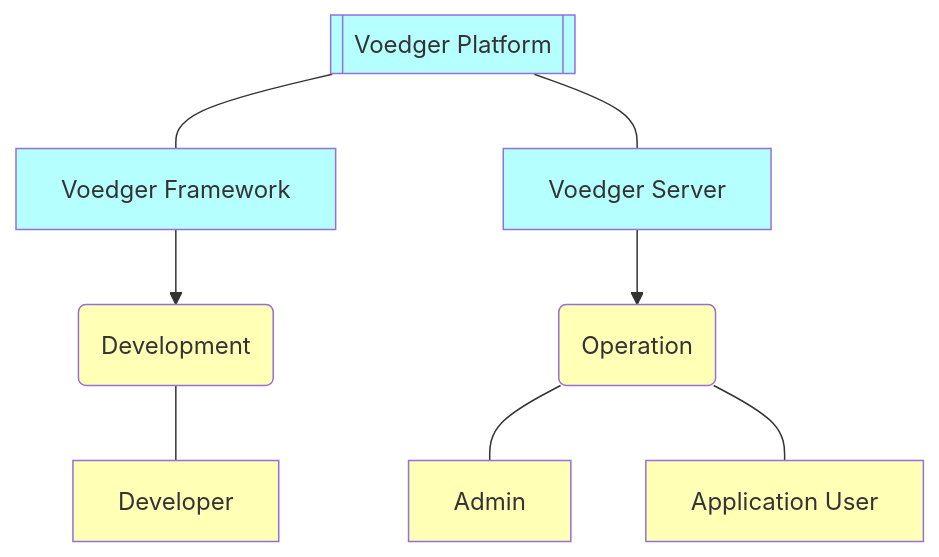
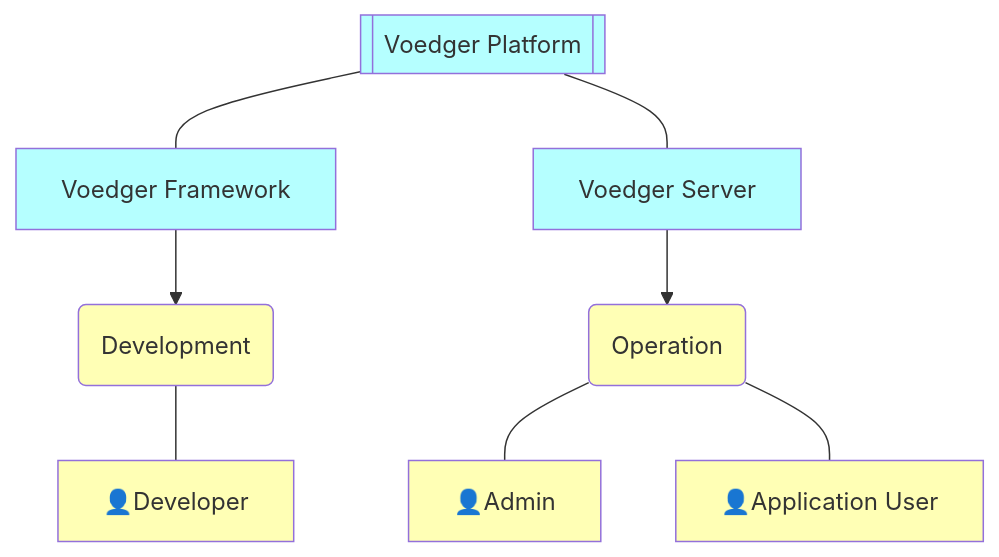
The diagram in README.md (voedger/voedger-internals), drawn with Mermaid before and after one commit.

Commit message:
Update README.md with user role emojis

````diff
--- a/README.md
+++ b/README.md
@@ -6,34 +6,34 @@
 ```mermaid
     graph TD
 
     %% Entities ====================
 
     Voedger[["Voedger Platform"]]:::S
     VoedgerFramework["Voedger Framework"]:::S
     VoedgerServer["Voedger Server"]:::S
 
     Operation(Operation):::B
     Development(Development):::B
 
-    Admin[Admin]:::B
-    User[Application User]:::B
-    Developer[Developer]:::B
+    Admin[👤Admin]:::B
+    User[👤Application User]:::B
+    Developer[👤Developer]:::B
 
     %% Relations ====================
 
     Voedger --- VoedgerFramework
     Voedger --- VoedgerServer
 
     VoedgerServer --> Operation
     VoedgerFramework --> Development
 
     Development --- Developer
     Operation --- Admin
     Operation --- User
 
 
     classDef B fill:#FFFFB5,color:#333
     classDef S fill:#B5FFFF,color:#333
     classDef H fill:#C9E7B7,color:#333
     classDef G fill:#ffffff15, stroke:#999, stroke-width:2px, stroke-dasharray: 5 5
 ```
````
